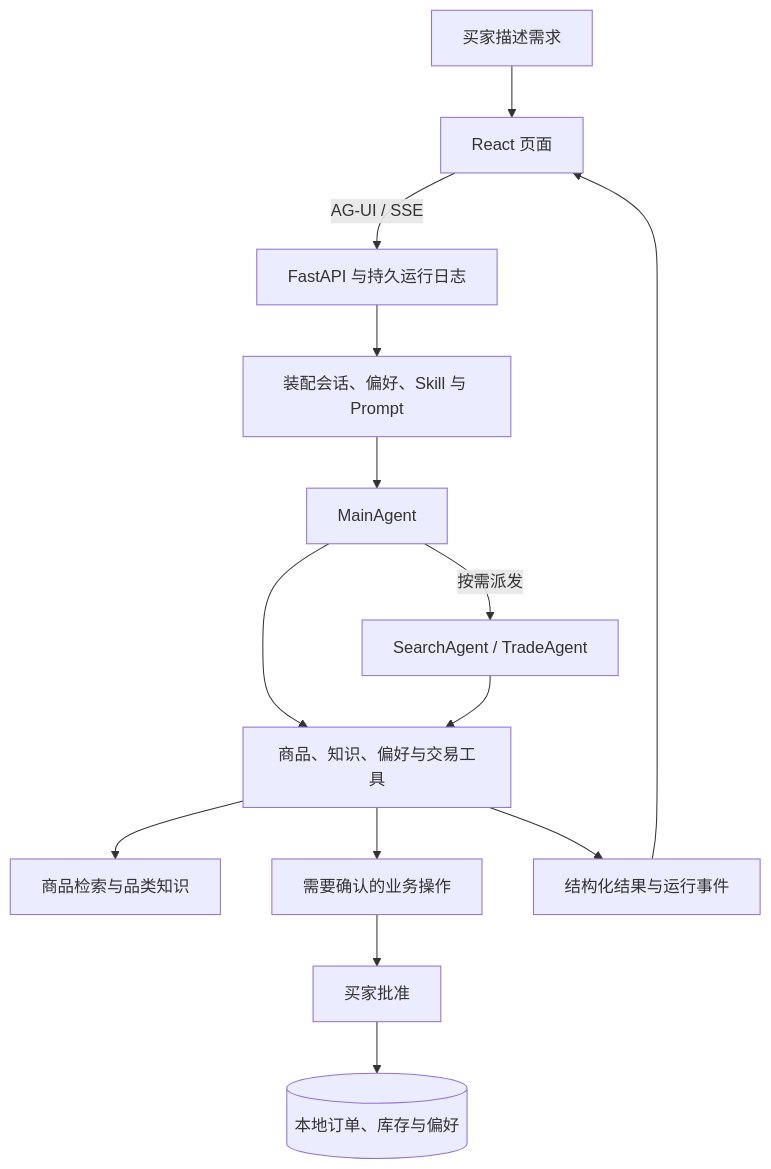
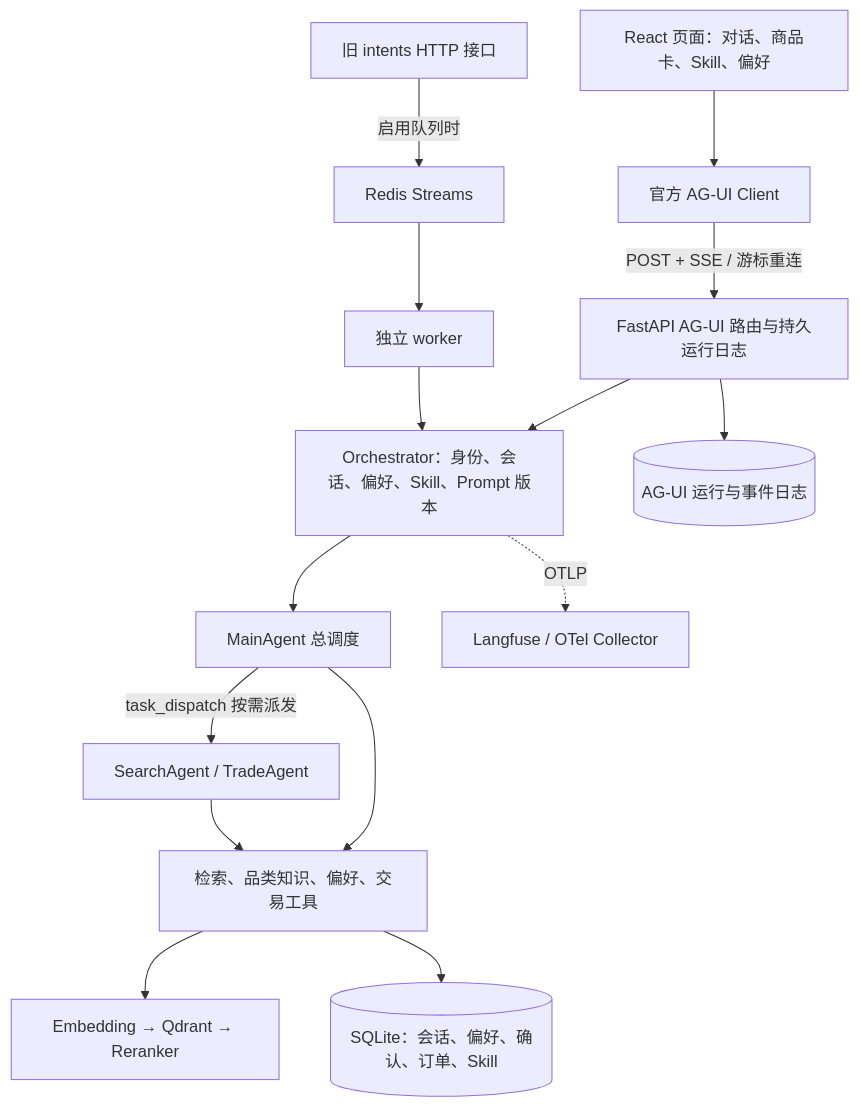
The diagram in README.md (kkminions888-ops/globex_agent), drawn with Mermaid before and after one commit. The commit also changed other lines of this file and 50 other files, not shown here.

````diff
--- a/README.md
+++ b/README.md
@@ -224,19 +117,17 @@
 ```mermaid
 flowchart TD
-    User[买家描述需求] --> UI[React 页面]
-    UI -->|AG-UI / SSE| API[FastAPI 与持久运行日志]
-    API --> Context[装配会话、偏好、Skill 与 Prompt]
-    Context --> Main[MainAgent]
-
-    Main --> Tools[商品、知识、偏好与交易工具]
-    Main -->|按需派发| Sub[SearchAgent / TradeAgent]
+    UI[React 页面：对话、商品卡、Skill、偏好] --> Client[官方 AG-UI Client]
+    Client -->|POST + SSE / 游标重连| API[FastAPI AG-UI 路由与持久运行日志]
+    API --> Orchestrator[Orchestrator：身份、会话、偏好、Skill、Prompt 版本]
+    Orchestrator --> Main[MainAgent 总调度]
+    Main --> Tools[检索、品类知识、偏好、交易工具]
+    Main -->|task_dispatch 按需派发| Sub[SearchAgent / TradeAgent]
     Sub --> Tools
-
-    Tools --> Search[商品检索与品类知识]
-    Tools --> Approval[需要确认的业务操作]
-    Approval --> Confirm[买家批准]
-    Confirm --> Store[(本地订单、库存与偏好)]
-
-    Tools --> Events[结构化结果与运行事件]
-    Events --> UI
+    Tools --> Search[Embedding → Qdrant → Reranker]
+    Tools --> DB[(SQLite：会话、偏好、确认、订单、Skill)]
+    API --> Journal[(AG-UI 运行与事件日志)]
+    Legacy[旧 intents HTTP 接口] -->|启用队列时| Redis[Redis Streams]
+    Redis --> Worker[独立 worker]
+    Worker --> Orchestrator
+    Orchestrator -. OTLP .-> Trace[Langfuse / OTel Collector]
 ```
````
